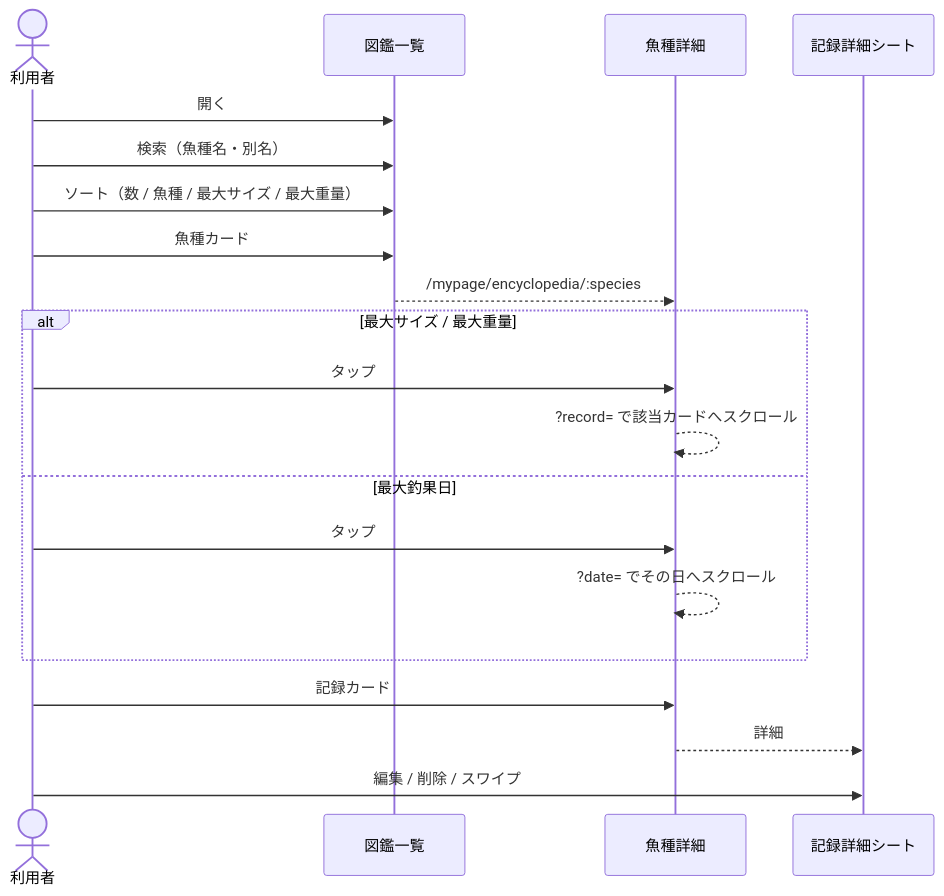
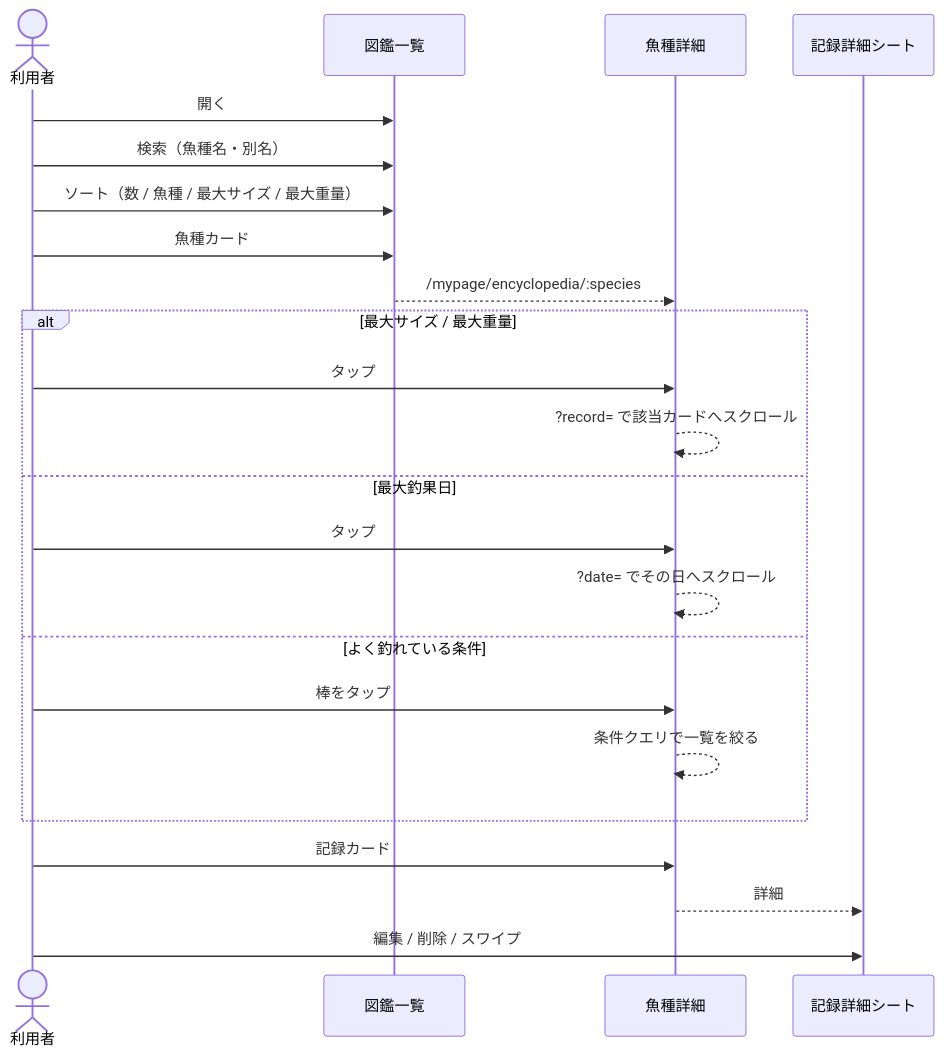
The sixth of 8 diagrams in docs/screens/design/mypage.md (honeston/fissingplotter), drawn with Mermaid before and after one commit. The commit also changed other lines of this file and 12 other files, not shown here.

````diff
--- a/docs/screens/design/mypage.md
+++ b/docs/screens/design/mypage.md
@@ -111,23 +116,26 @@
 ```mermaid
 sequenceDiagram
   actor U as 利用者
   participant Enc as 図鑑一覧
   participant Sp as 魚種詳細
   participant Sheet as 記録詳細シート
 
   U->>Enc: 開く
   U->>Enc: 検索（魚種名・別名）
   U->>Enc: ソート（数 / 魚種 / 最大サイズ / 最大重量）
   U->>Enc: 魚種カード
   Enc-->>Sp: /mypage/encyclopedia/:species
   alt 最大サイズ / 最大重量
     U->>Sp: タップ
     Sp-->>Sp: ?record= で該当カードへスクロール
   else 最大釣果日
     U->>Sp: タップ
     Sp-->>Sp: ?date= でその日へスクロール
+  else よく釣れている条件
+    U->>Sp: 棒をタップ
+    Sp-->>Sp: 条件クエリで一覧を絞る
   end
   U->>Sp: 記録カード
   Sp-->>Sheet: 詳細
   U->>Sheet: 編集 / 削除 / スワイプ
 ```
````
